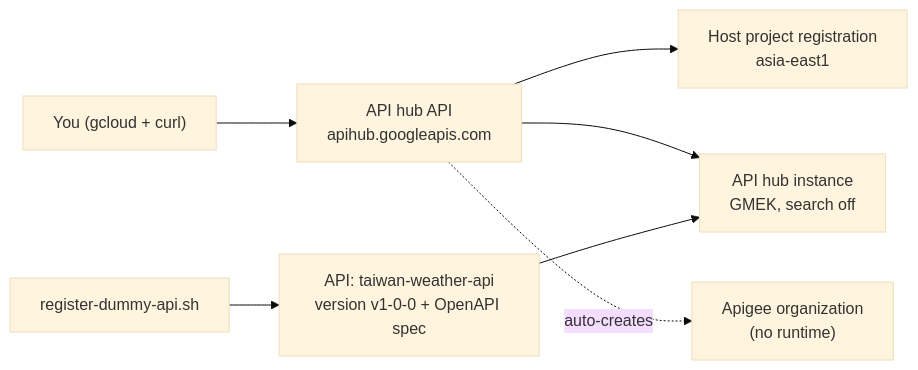
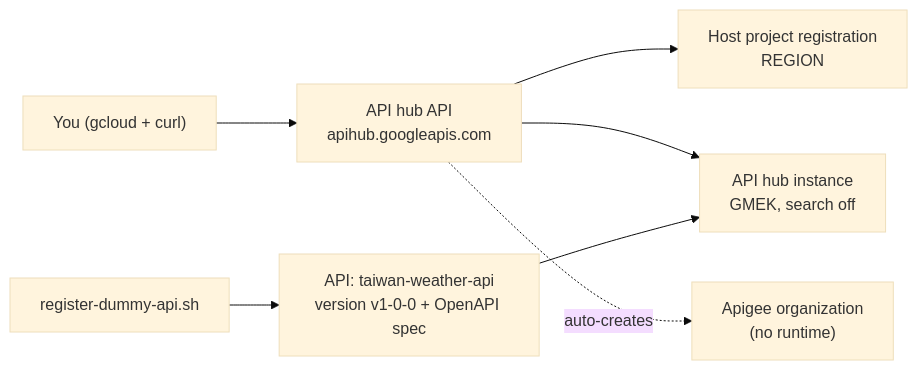
Before and after one commit to welylau/setup-apigee-apihub: the diagram in README.md, drawn with Mermaid (base theme). The commit also changed other lines of this file and 2 other files, not shown here.

Commit message:
Prompt for project/region/instance (no defaults), add prerequisite checks and region validation; expand README prerequisites

````diff
--- a/README.md
+++ b/README.md
@@ -26,9 +27,9 @@
 ```mermaid
 flowchart LR
   U["You (gcloud + curl)"] --> H["API hub API<br/>apihub.googleapis.com"]
-  H --> R["Host project registration<br/>asia-east1"]
+  H --> R["Host project registration<br/>REGION"]
   H --> I["API hub instance<br/>GMEK, search off"]
   H -. auto-creates .-> O["Apigee organization<br/>(no runtime)"]
   D["register-dummy-api.sh"] --> A["API: taiwan-weather-api<br/>version v1-0-0 + OpenAPI spec"]
   A --> I
 ```
````
